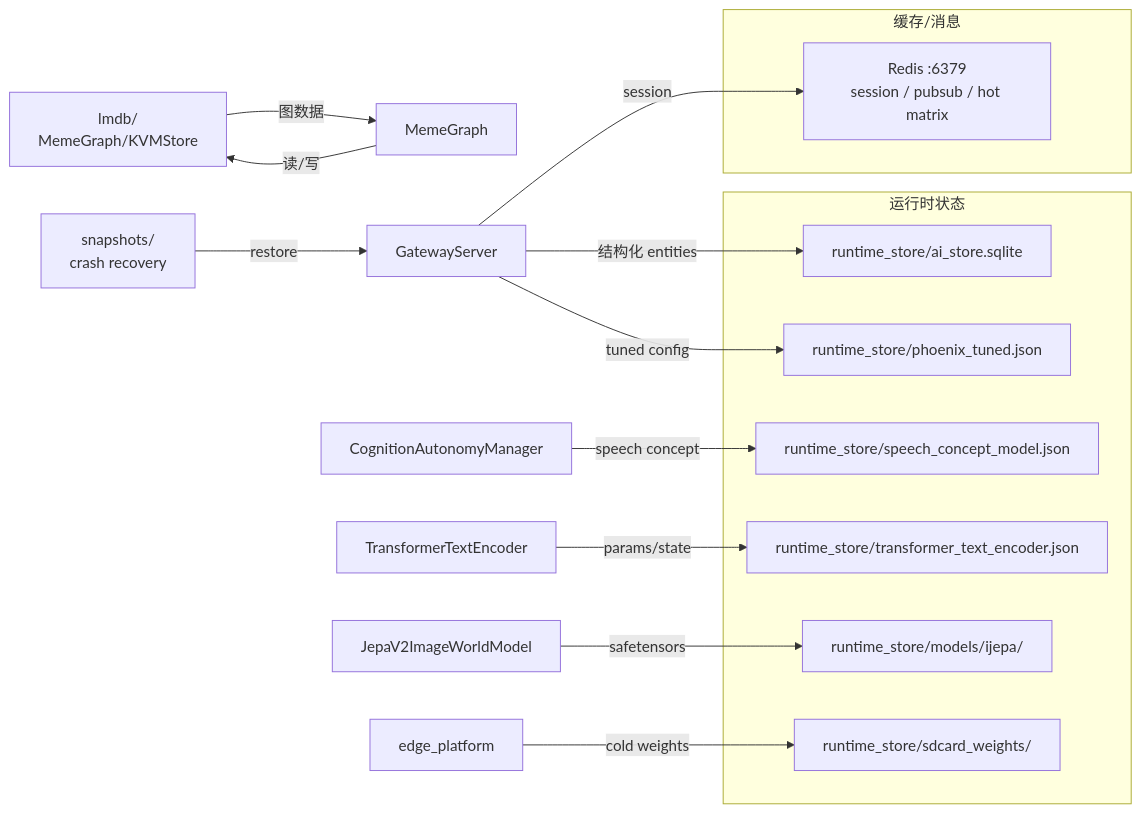
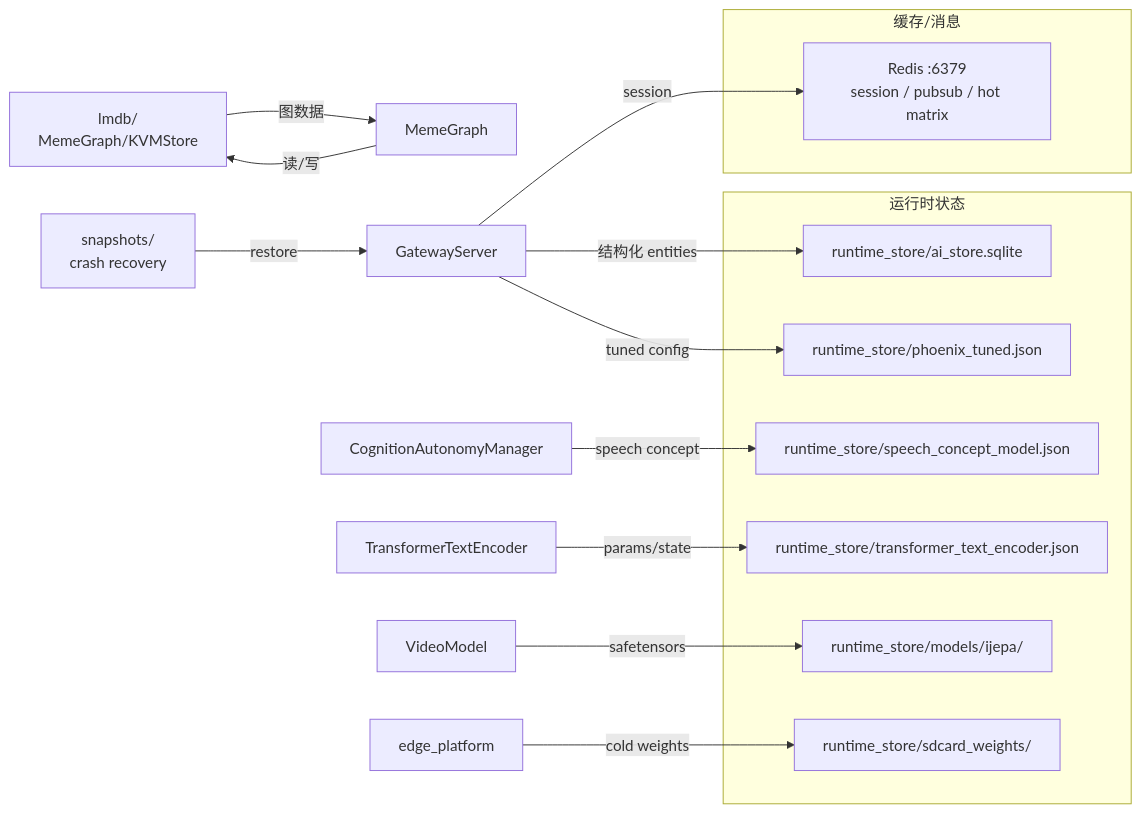
One commit to mumu2009/phoenix changed diagram 16 of 20 in doc/v7.0/workflow.md. Above: the diagram before and after it, drawn with Mermaid. The commit also changed other lines of this file and 57 other files, not shown here.

````diff
--- a/doc/v7.0/workflow.md
+++ b/doc/v7.0/workflow.md
@@ -1180,28 +1180,28 @@
 ```mermaid
 flowchart LR
     subgraph RUNTIME["运行时状态"]
         RS1["runtime_store/ai_store.sqlite"]
         RS2["runtime_store/phoenix_tuned.json"]
         RS3["runtime_store/speech_concept_model.json"]
         RS4["runtime_store/transformer_text_encoder.json"]
         RS5["runtime_store/models/ijepa/"]
         RS6["runtime_store/sdcard_weights/"]
     end
 
     subgraph CACHE["缓存/消息"]
         RED["Redis :6379<br/>session / pubsub / hot matrix"]
     end
 
     GRAPH["lmdb/<br/>MemeGraph/KVMStore"] -->|图数据| MG3
     SNAP2["snapshots/<br/>crash recovery"] -->|restore| GW2
 
     MG3["MemeGraph"] -->|读/写| GRAPH
     GW2["GatewayServer"] -->|session| RED
     CAM2["CognitionAutonomyManager"] -->|speech concept| RS3
     TXT2["TransformerTextEncoder"] -->|params/state| RS4
-    IMG2["JepaV2ImageWorldModel"] -->|safetensors| RS5
+    IMG2["VideoModel"] -->|safetensors| RS5
     EP3["edge_platform"] -->|cold weights| RS6
 
     GW2 -->|结构化 entities| RS1
     GW2 -->|tuned config| RS2
 ```
````
